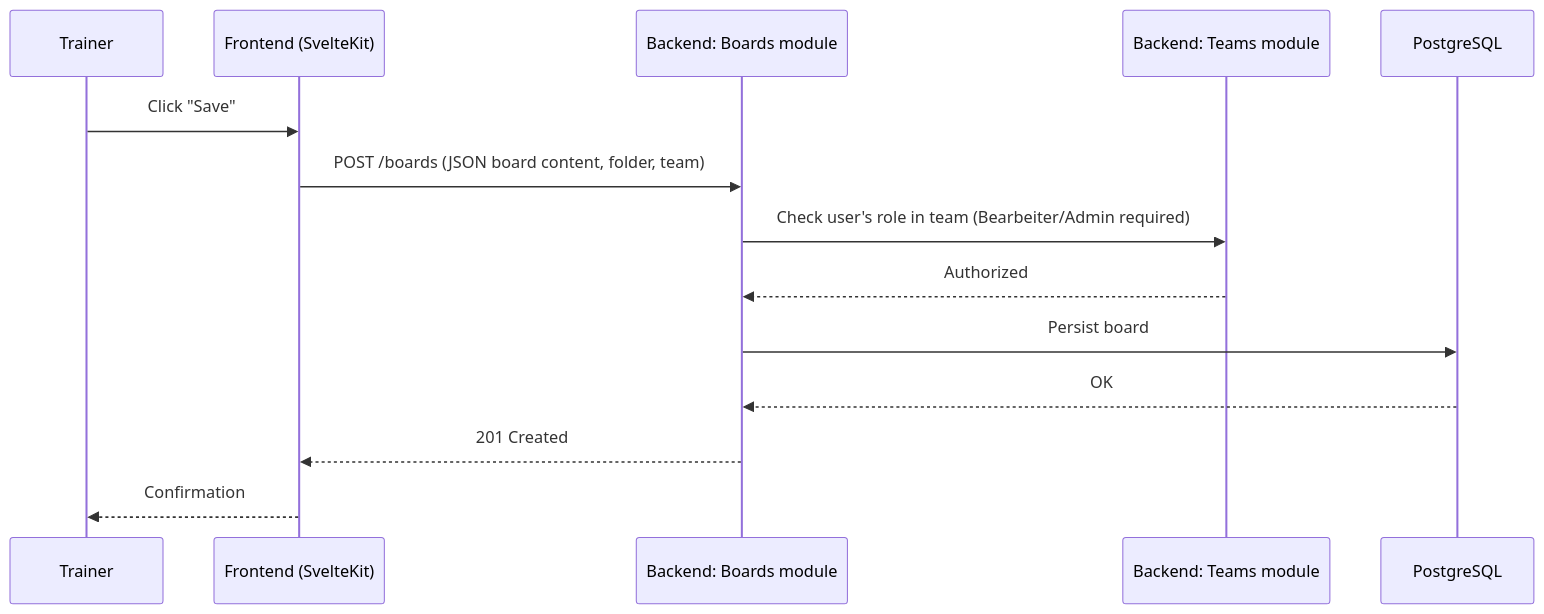
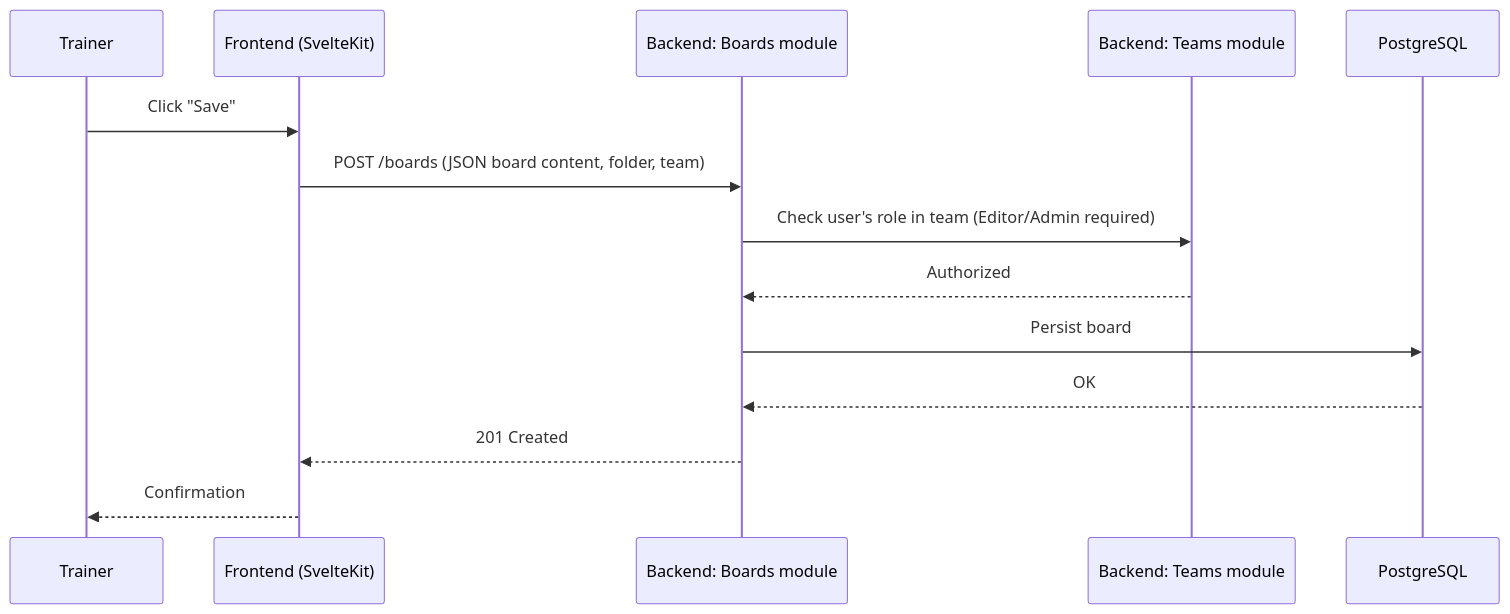
One commit to SvBrunner/TacticalBoard changed the second of 2 diagrams in docs/arc42/06_runtime_view.md. Above: the diagram before and after it, drawn with Mermaid. The commit also changed other lines of this file and 8 other files, not shown here.

First line of the commit message:
docs: concretize requirements and add roadmap

````diff
--- a/docs/arc42/06_runtime_view.md
+++ b/docs/arc42/06_runtime_view.md
@@ -29,17 +29,17 @@
 ```mermaid
 sequenceDiagram
     participant U as Trainer
     participant F as Frontend (SvelteKit)
     participant B as Backend: Boards module
     participant T as Backend: Teams module
     participant DB as PostgreSQL
 
     U->>F: Click "Save"
     F->>B: POST /boards (JSON board content, folder, team)
-    B->>T: Check user's role in team (Bearbeiter/Admin required)
+    B->>T: Check user's role in team (Editor/Admin required)
     T-->>B: Authorized
     B->>DB: Persist board
     DB-->>B: OK
     B-->>F: 201 Created
     F-->>U: Confirmation
 ```
````
